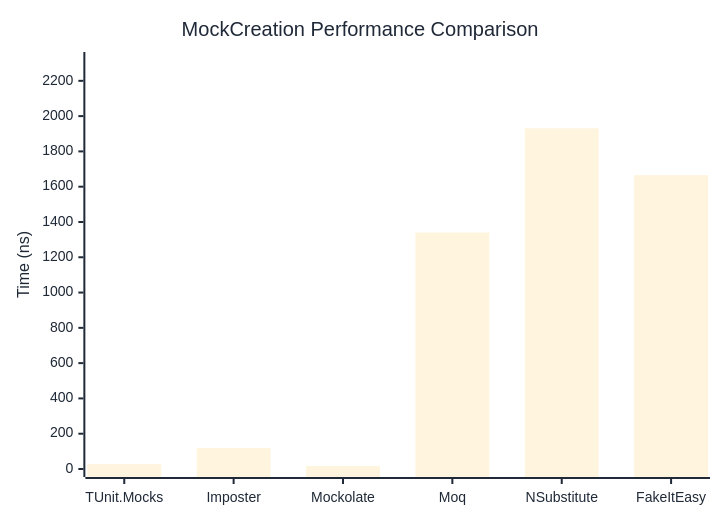
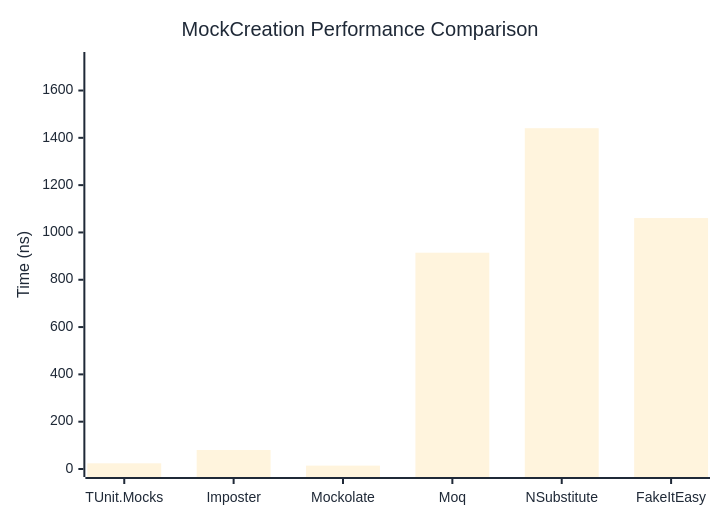
Before and after one commit to thomhurst/TUnit: the first of 2 diagrams in docs/docs/benchmarks/mocks/MockCreation.md, drawn with Mermaid. The commit also changed other lines of this file and 14 other files, not shown here.

````diff
--- a/docs/docs/benchmarks/mocks/MockCreation.md
+++ b/docs/docs/benchmarks/mocks/MockCreation.md
@@ -30,27 +30,27 @@
 ```mermaid
 %%{init: {
   'theme':'base',
   'themeVariables': {
     'primaryColor': '#2563eb',
     'primaryTextColor': '#1f2937',
     'primaryBorderColor': '#1e40af',
     'lineColor': '#6b7280',
     'secondaryColor': '#7c3aed',
     'tertiaryColor': '#dc2626',
     'background': '#ffffff',
     'pie1': '#2563eb',
     'pie2': '#7c3aed',
     'pie3': '#dc2626',
     'pie4': '#f59e0b',
     'pie5': '#10b981',
     'pie6': '#06b6d4',
     'pie7': '#ec4899',
     'pie8': '#6366f1'
   }
 }}%%
 xychart-beta
   title "MockCreation Performance Comparison"
   x-axis ["TUnit.Mocks", "Imposter", "Mockolate", "Moq", "NSubstitute", "FakeItEasy"]
-  y-axis "Time (ns)" 0 --> 2318
-  bar [27.46, 118.83, 17.01, 1340.32, 1931.06, 1665.47]
+  y-axis "Time (ns)" 0 --> 1729
+  bar [24.11, 80.42, 14.32, 914.36, 1440.69, 1060.93]
 ```
````
